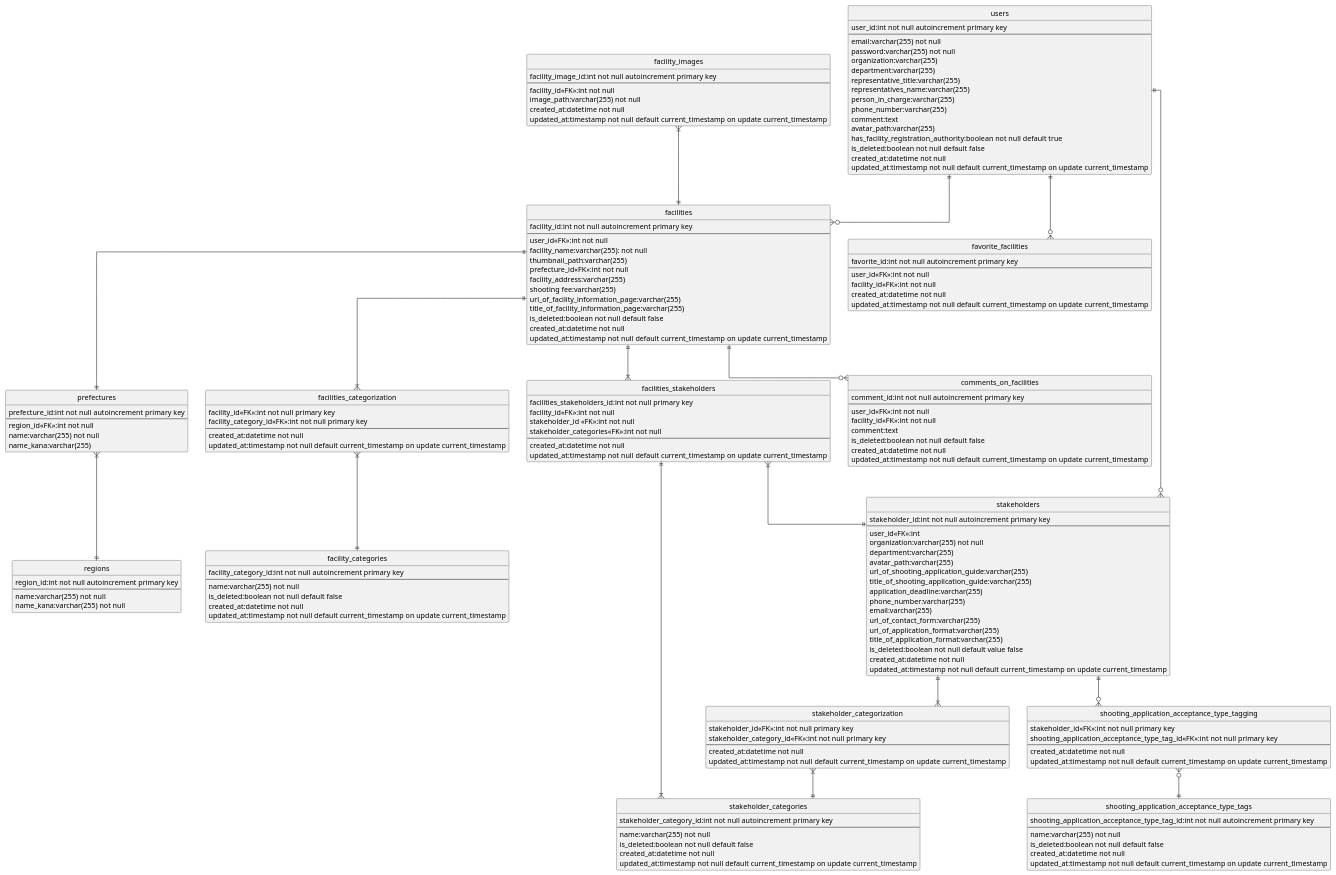
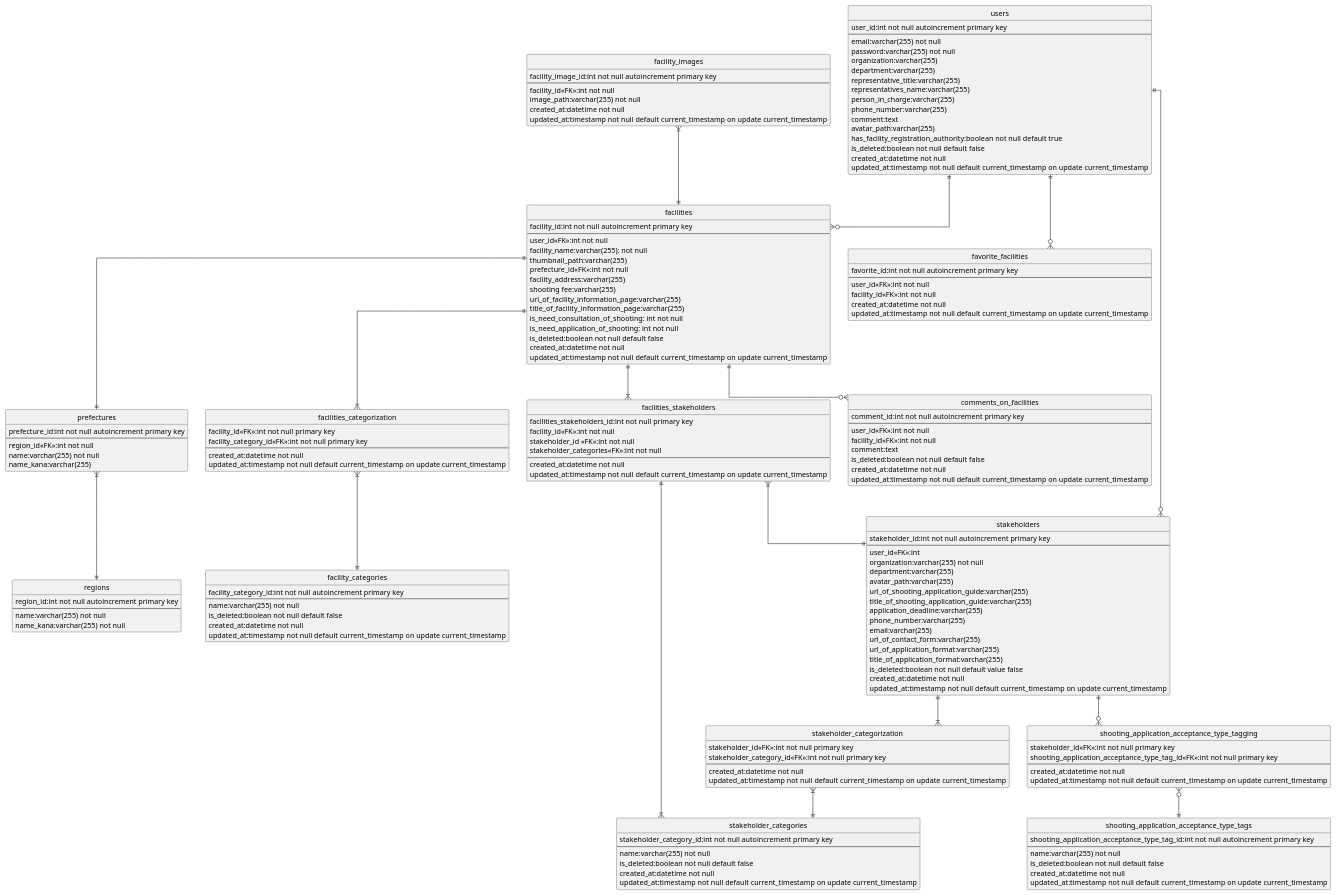
One commit to mitchy-dev/facility_shooting_permission_application changed the diagram in erDiagram.puml. Above: the diagram before and after it, drawn with PlantUML.

Commit message:
海岸登録：DBに撮影の相談と申請の要否の状態を持つカラムを追加

```diff
--- a/erDiagram.puml
+++ b/erDiagram.puml
@@ -1,191 +1,193 @@
 @startuml kaigan-loca
 ' hide the spot
 hide circle
 
 ' avoid problems with angled crows feet
 skinparam linetype ortho
 
 
 entity "users" as users {
   user_id:int not null autoincrement primary key
   --
   email:varchar(255) not null
   password:varchar(255) not null
   organization:varchar(255)
   department:varchar(255)
   representative_title:varchar(255)
   representatives_name:varchar(255)
   person_in_charge:varchar(255)
   phone_number:varchar(255)
   comment:text
   avatar_path:varchar(255)
   has_facility_registration_authority:boolean not null default true
   is_deleted:boolean not null default false
   created_at:datetime not null
   updated_at:timestamp not null default current_timestamp on update current_timestamp
 }
 
 entity "facilities" as facilities {
   facility_id:int not null autoincrement primary key
   --
   user_id<<FK>>:int not null
   facility_name:varchar(255): not null
   thumbnail_path:varchar(255)
   prefecture_id<<FK>>:int not null
   facility_address:varchar(255)
   shooting fee:varchar(255)
   url_of_facility_information_page:varchar(255)
   title_of_facility_information_page:varchar(255)
+  is_need_consultation_of_shooting: int not null
+  is_need_application_of_shooting: int not null
   is_deleted:boolean not null default false
   created_at:datetime not null
   updated_at:timestamp not null default current_timestamp on update current_timestamp
 }
 
 entity "stakeholders" as stakeholders {
   stakeholder_id:int not null autoincrement primary key
   --
   user_id<<FK>>:int
   organization:varchar(255) not null
   department:varchar(255)
   avatar_path:varchar(255)
   url_of_shooting_application_guide:varchar(255)
   title_of_shooting_application_guide:varchar(255)
   application_deadline:varchar(255)
   phone_number:varchar(255)
   email:varchar(255)
   url_of_contact_form:varchar(255)
   url_of_application_format:varchar(255)
   title_of_application_format:varchar(255)
   is_deleted:boolean not null default value false
   created_at:datetime not null
   updated_at:timestamp not null default current_timestamp on update current_timestamp
 }
 
 entity "facility_images" as facility_images {
   facility_image_id:int not null autoincrement primary key
   --
   facility_id<<FK>>:int not null
   image_path:varchar(255) not null
   created_at:datetime not null
   updated_at:timestamp not null default current_timestamp on update current_timestamp
 }
 
 entity "comments_on_facilities" as comments_on_facilities {
   comment_id:int not null autoincrement primary key
   --
   user_id<<FK>>:int not null
   facility_id<<FK>>:int not null
   comment:text
   is_deleted:boolean not null default false
   created_at:datetime not null
   updated_at:timestamp not null default current_timestamp on update current_timestamp
 }
 
 entity "favorite_facilities" as favorite_facilities {
   favorite_id:int not null autoincrement primary key
   --
   user_id<<FK>>:int not null
   facility_id<<FK>>:int not null
   created_at:datetime not null
   updated_at:timestamp not null default current_timestamp on update current_timestamp
 }
 
 'マスタデータ
 entity "regions" as regions {
   region_id:int not null autoincrement primary key
   --
   name:varchar(255) not null
   name_kana:varchar(255) not null
 }
 entity "prefectures" as prefectures {
   prefecture_id:int not null autoincrement primary key
   --
   region_id<<FK>>:int not null
   name:varchar(255) not null
   name_kana:varchar(255)
 }
 
 entity "stakeholder_categories" as stakeholder_categories {
   stakeholder_category_id:int not null autoincrement primary key
   --
   name:varchar(255) not null
   is_deleted:boolean not null default false
   created_at:datetime not null
   updated_at:timestamp not null default current_timestamp on update current_timestamp
 }
 
 entity "shooting_application_acceptance_type_tags" as shooting_application_acceptance_type_tags {
   shooting_application_acceptance_type_tag_id:int not null autoincrement primary key
   --
   name:varchar(255) not null
   is_deleted:boolean not null default false
   created_at:datetime not null
   updated_at:timestamp not null default current_timestamp on update current_timestamp
 }
 
 entity "facility_categories" as facility_categories {
   facility_category_id:int not null autoincrement primary key
   --
   name:varchar(255) not null
   is_deleted:boolean not null default false
   created_at:datetime not null
   updated_at:timestamp not null default current_timestamp on update current_timestamp
 }
 
 
 '交差テーブル
 entity "facilities_categorization" as facilities_categorization {
   facility_id<<FK>>:int not null primary key
   facility_category_id<<FK>>:int not null primary key
   --
   created_at:datetime not null
   updated_at:timestamp not null default current_timestamp on update current_timestamp
 }
 
 entity "facilities_stakeholders" as facilities_stakeholders {
   facilities_stakeholders_id:int not null primary key
   facility_id<<FK>>:int not null
   stakeholder_id <<FK>>:int not null
   stakeholder_categories<<FK>>:int not null
   --
   created_at:datetime not null
   updated_at:timestamp not null default current_timestamp on update current_timestamp
 }
 
 entity "stakeholder_categorization" as stakeholder_categorization {
   stakeholder_id<<FK>>:int not null primary key
   stakeholder_category_id<<FK>>:int not null primary key
   --
   created_at:datetime not null
   updated_at:timestamp not null default current_timestamp on update current_timestamp
 }
 
 entity "shooting_application_acceptance_type_tagging" as shooting_application_acceptance_type_tagging {
   stakeholder_id<<FK>>:int not null primary key
   shooting_application_acceptance_type_tag_id<<FK>>:int not null primary key
   --
   created_at:datetime not null
   updated_at:timestamp not null default current_timestamp on update current_timestamp
 }
 'user
 users ||--o{ facilities
 users ||--o{ stakeholders
 users ||--o{ favorite_facilities
 'facilities
 facilities ||--|| prefectures
 prefectures }|--|| regions
 facility_images }|--|| facilities
 facilities ||--|{ facilities_categorization
 facilities_categorization }|--|| facility_categories
 facilities ||--|{ facilities_stakeholders
 facilities_stakeholders }|--|| stakeholders
 facilities ||--o{ comments_on_facilities
 'stakeholders
 stakeholders ||--|{ stakeholder_categorization
 stakeholder_categorization }|--|| stakeholder_categories
 stakeholders ||--o{ shooting_application_acceptance_type_tagging
 shooting_application_acceptance_type_tagging }o--|| shooting_application_acceptance_type_tags
 'facilities_stakeholders
 facilities_stakeholders ||--|{ stakeholder_categories
 
 @enduml
```
